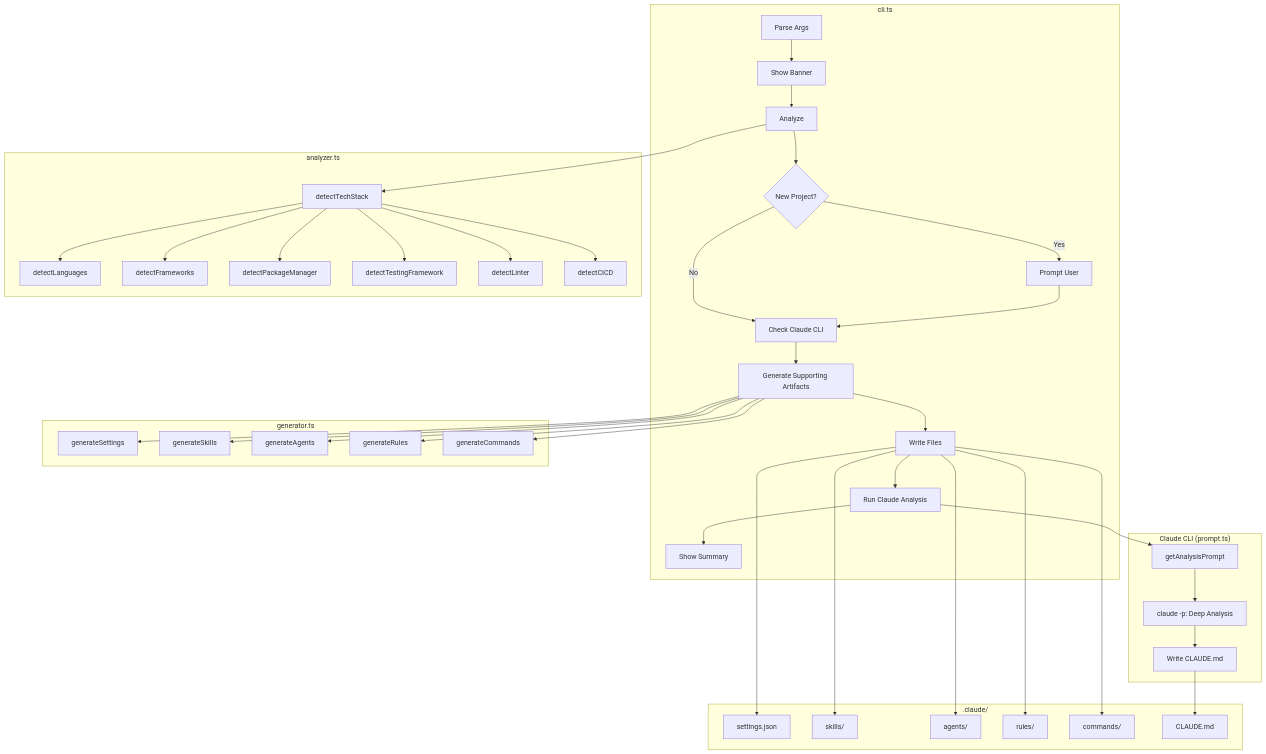
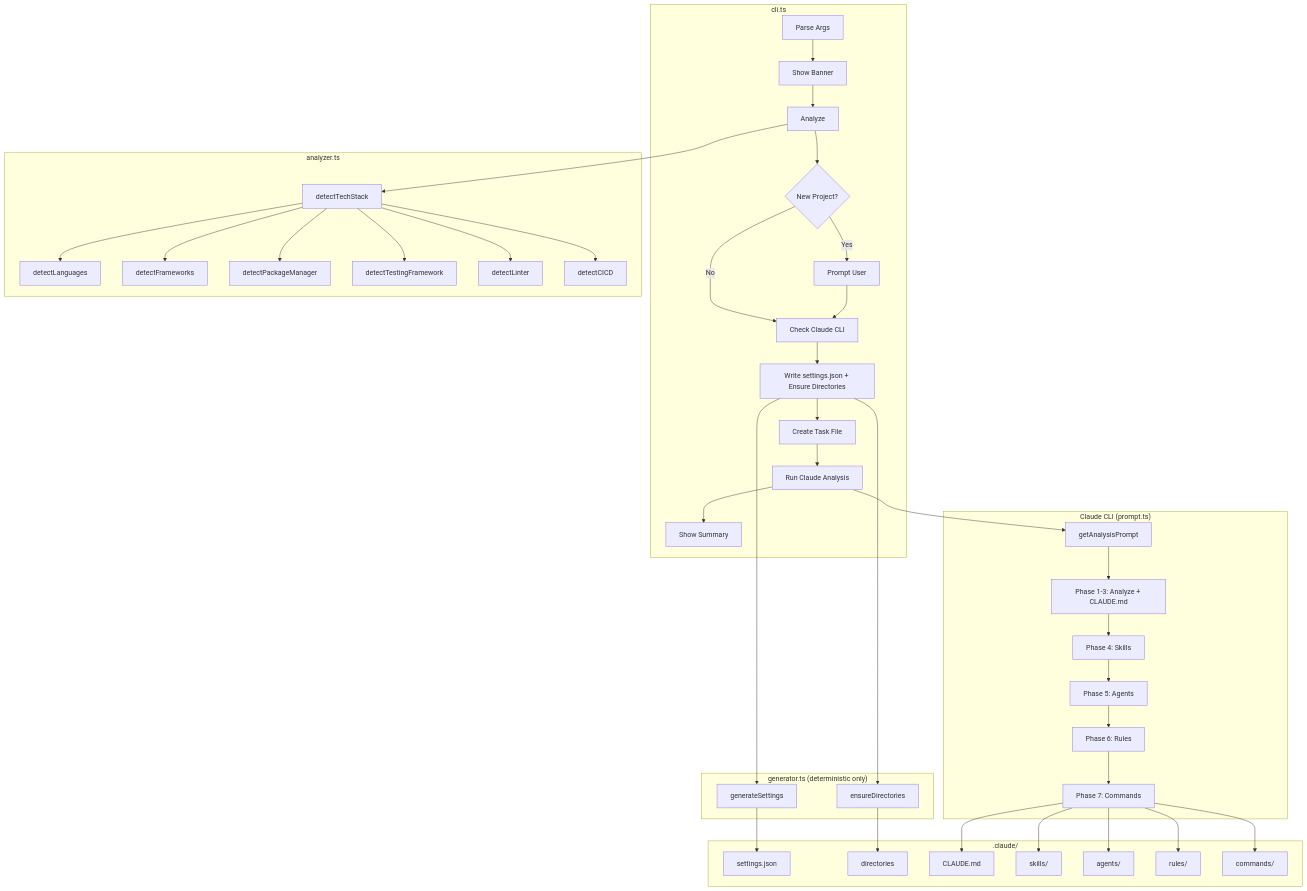
One commit to cassmtnr/claude-code-starter changed the diagram in docs/ARCHITECTURE.md. Above: the diagram before and after it, drawn with Mermaid. The commit also changed other lines of this file and 2 other files, not shown here.

Commit message:
feat: Revamp architecture documentation for clarity and detail

````diff
--- a/docs/ARCHITECTURE.md
+++ b/docs/ARCHITECTURE.md
@@ -140,48 +146,49 @@
 ```mermaid
 flowchart TB
     subgraph CLI["cli.ts"]
         A[Parse Args] --> B[Show Banner]
         B --> C[Analyze]
         C --> D{New Project?}
         D -->|Yes| E[Prompt User]
         D -->|No| F[Check Claude CLI]
         E --> F
-        F --> G[Generate Supporting Artifacts]
-        G --> H[Write Files]
+        F --> G[Write settings.json + Ensure Directories]
+        G --> H[Create Task File]
         H --> I[Run Claude Analysis]
         I --> J[Show Summary]
     end
 
     subgraph Analyzer["analyzer.ts"]
         C --> K[detectTechStack]
         K --> L[detectLanguages]
         K --> M[detectFrameworks]
         K --> N[detectPackageManager]
         K --> O[detectTestingFramework]
         K --> P[detectLinter]
         K --> Q[detectCICD]
     end
 
-    subgraph Generator["generator.ts"]
+    subgraph Generator["generator.ts (deterministic only)"]
         G --> R[generateSettings]
-        G --> S[generateSkills]
-        G --> T[generateAgents]
-        G --> U[generateRules]
-        G --> V[generateCommands]
+        G --> S[ensureDirectories]
     end
 
     subgraph ClaudeCLI["Claude CLI (prompt.ts)"]
-        I --> W[getAnalysisPrompt]
-        W --> X[claude -p: Deep Analysis]
-        X --> Y[Write CLAUDE.md]
+        I --> T[getAnalysisPrompt]
+        T --> U[Phase 1-3: Analyze + CLAUDE.md]
+        U --> V[Phase 4: Skills]
+        V --> W[Phase 5: Agents]
+        W --> X[Phase 6: Rules]
+        X --> Y[Phase 7: Commands]
     end
 
     subgraph Output[".claude/"]
-        H --> Z[settings.json]
-        H --> AA[skills/]
-        H --> AB[agents/]
-        H --> AC[rules/]
-        H --> AD[commands/]
-        Y --> AE[CLAUDE.md]
+        R --> Z[settings.json]
+        S --> AA[directories]
+        Y --> AB[CLAUDE.md]
+        Y --> AC[skills/]
+        Y --> AD[agents/]
+        Y --> AE[rules/]
+        Y --> AF[commands/]
     end
 ```
````
